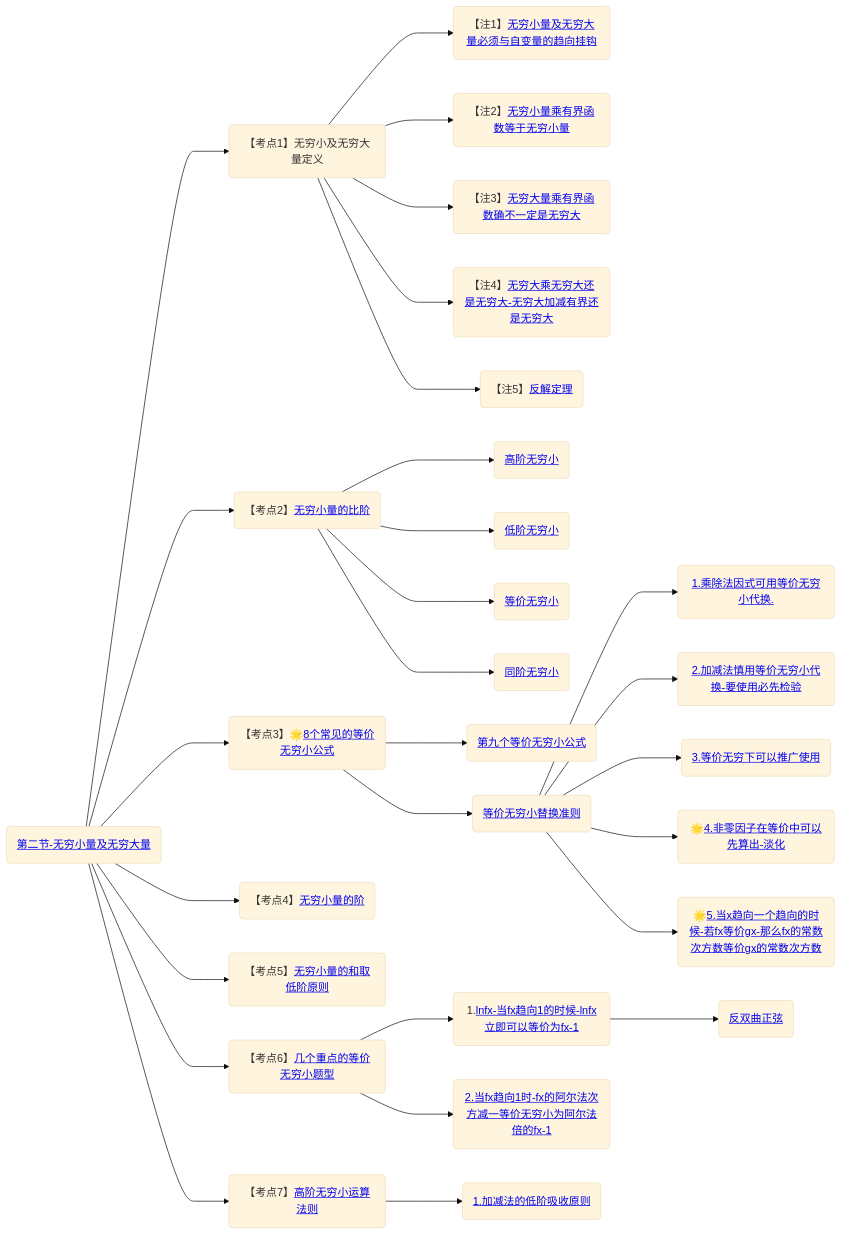
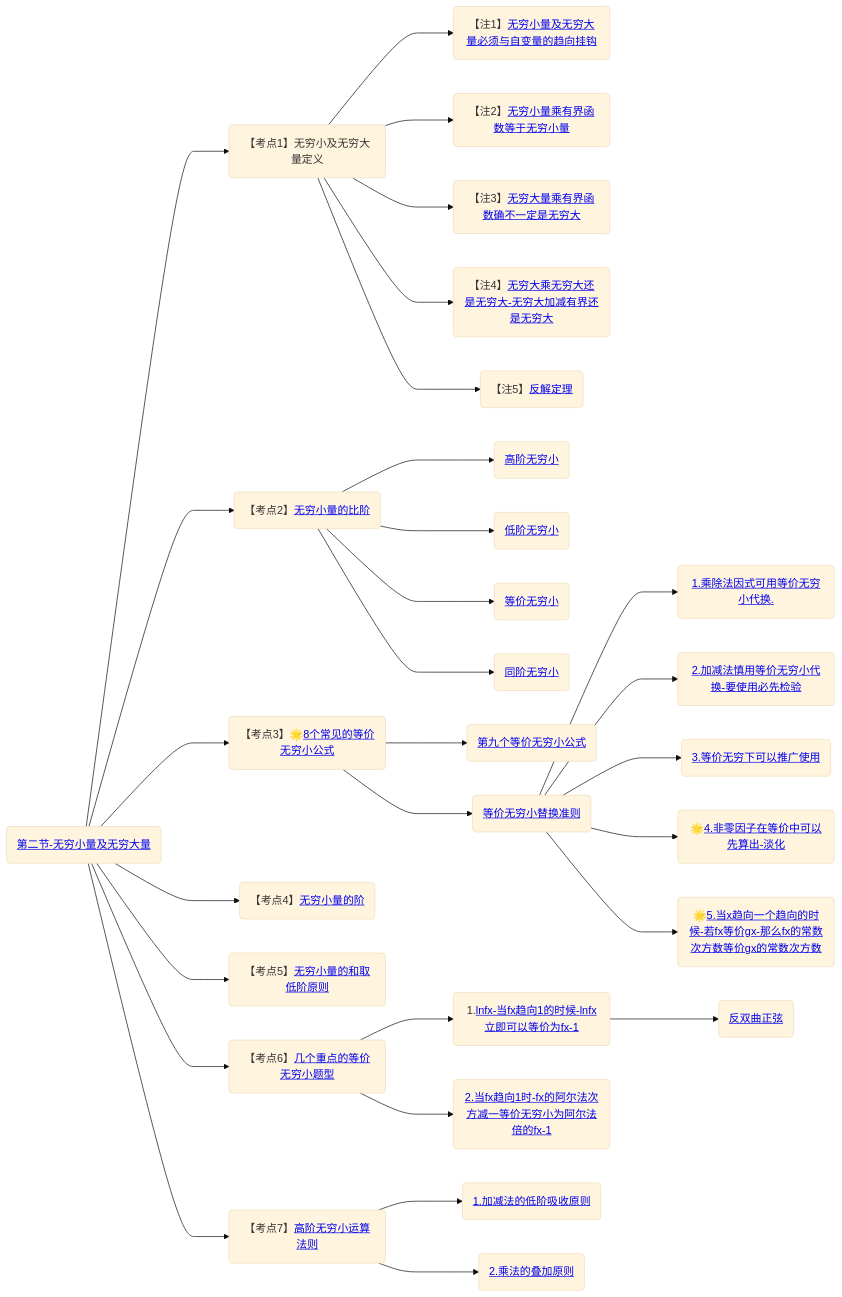
The second of 2 diagrams in 笔记/数学/周洋鑫/基础班/00.大纲.md (yuebinghui/note), drawn with Mermaid (base theme) before and after one commit. The commit also changed 8 other files, not shown here.

````diff
--- a/笔记/数学/周洋鑫/基础班/00.大纲.md
+++ b/笔记/数学/周洋鑫/基础班/00.大纲.md
@@ -41,41 +41,42 @@
 ```mermaid
 graph LR
 
 第二节-无穷小量及无穷大量(<a href="/Users/yuebinghui/Documents/program/github/note/笔记/数学/周洋鑫/基础班/02.无穷小量及无穷大量.md#第二节-无穷小量及无穷大量">第二节-无穷小量及无穷大量</>)
 
 第二节-无穷小量及无穷大量--->无穷小及无穷大量定义(【考点1】无穷小及无穷大量定义)
 
 无穷小及无穷大量定义--->无穷小量及无穷大量必须与自变量的趋向挂钩(【注1】<a href="/Users/yuebinghui/Documents/program/github/note/笔记/数学/周洋鑫/基础班/02.无穷小量及无穷大量.md#无穷小量及无穷大量必须与自变量的趋向挂钩">无穷小量及无穷大量必须与自变量的趋向挂钩</>)
 无穷小及无穷大量定义--->无穷小量乘有界函数等于无穷小量(【注2】<a href="/Users/yuebinghui/Documents/program/github/note/笔记/数学/周洋鑫/基础班/02.无穷小量及无穷大量.md#无穷小量乘有界函数等于无穷小量">无穷小量乘有界函数等于无穷小量</>)
 无穷小及无穷大量定义--->无穷大量乘有界函数确不一定是无穷大(【注3】<a href="/Users/yuebinghui/Documents/program/github/note/笔记/数学/周洋鑫/基础班/02.无穷小量及无穷大量.md#无穷大量乘有界函数确不一定是无穷大">无穷大量乘有界函数确不一定是无穷大</>)
 无穷小及无穷大量定义--->无穷大乘无穷大还是无穷大-无穷大加减有界还是无穷大(【注4】<a href="/Users/yuebinghui/Documents/program/github/note/笔记/数学/周洋鑫/基础班/02.无穷小量及无穷大量.md#无穷大乘无穷大还是无穷大-无穷大加减有界还是无穷大">无穷大乘无穷大还是无穷大-无穷大加减有界还是无穷大</>)
 无穷小及无穷大量定义--->反解定理(【注5】<a href="/Users/yuebinghui/Documents/program/github/note/笔记/数学/周洋鑫/基础班/02.无穷小量及无穷大量.md#反解定理">反解定理</>)
 
 第二节-无穷小量及无穷大量--->无穷小量的比阶(【考点2】<a href="/Users/yuebinghui/Documents/program/github/note/笔记/数学/周洋鑫/基础班/02.无穷小量及无穷大量.md#无穷小量的比阶">无穷小量的比阶</>)
 无穷小量的比阶--->高阶无穷小(<a href="/Users/yuebinghui/Documents/program/github/note/笔记/数学/周洋鑫/基础班/02.无穷小量及无穷大量.md#高阶无穷小">高阶无穷小</>)
 无穷小量的比阶--->低阶无穷小(<a href="/Users/yuebinghui/Documents/program/github/note/笔记/数学/周洋鑫/基础班/02.无穷小量及无穷大量.md#低阶无穷小">低阶无穷小</>)
 无穷小量的比阶--->等价无穷小(<a href="/Users/yuebinghui/Documents/program/github/note/笔记/数学/周洋鑫/基础班/02.无穷小量及无穷大量.md#等价无穷小">等价无穷小</>)
 无穷小量的比阶--->同阶无穷小(<a href="/Users/yuebinghui/Documents/program/github/note/笔记/数学/周洋鑫/基础班/02.无穷小量及无穷大量.md#同阶无穷小">同阶无穷小</>)
 
 第二节-无穷小量及无穷大量--->8个常见的等价无穷小公式(【考点3】🌟<a href="/Users/yuebinghui/Documents/program/github/note/笔记/数学/周洋鑫/基础班/02.无穷小量及无穷大量.md#8个常见的等价无穷小公式">8个常见的等价无穷小公式</>)
 8个常见的等价无穷小公式--->第九个等价无穷小公式(<a href="/Users/yuebinghui/Documents/program/github/note/笔记/数学/周洋鑫/基础班/02.无穷小量及无穷大量.md#第九个等价无穷小公式">第九个等价无穷小公式</>)
 8个常见的等价无穷小公式--->等价无穷小替换准则(<a href="/Users/yuebinghui/Documents/program/github/note/笔记/数学/周洋鑫/基础班/02.无穷小量及无穷大量.md#等价无穷小替换准则">等价无穷小替换准则</>)
 等价无穷小替换准则--->1.乘除法因式可用等价无穷小代换.(<a href="/Users/yuebinghui/Documents/program/github/note/笔记/数学/周洋鑫/基础班/02.无穷小量及无穷大量.md#1.乘除法因式可用等价无穷小代换.">1.乘除法因式可用等价无穷小代换.</>)
 等价无穷小替换准则--->2.加减法慎用等价无穷小代换-要使用必先检验(<a href="/Users/yuebinghui/Documents/program/github/note/笔记/数学/周洋鑫/基础班/02.无穷小量及无穷大量.md#2.加减法慎用等价无穷小代换-要使用必先检验">2.加减法慎用等价无穷小代换-要使用必先检验</>)
 等价无穷小替换准则--->3.等价无穷下可以推广使用(<a href="/Users/yuebinghui/Documents/program/github/note/笔记/数学/周洋鑫/基础班/02.无穷小量及无穷大量.md#3.等价无穷下可以推广使用">3.等价无穷下可以推广使用</>)
 等价无穷小替换准则--->4.非零因子在等价中可以先算出-淡化(🌟<a href="/Users/yuebinghui/Documents/program/github/note/笔记/数学/周洋鑫/基础班/02.无穷小量及无穷大量.md#4.非零因子在等价中可以先算出-淡化">4.非零因子在等价中可以先算出-淡化</>)
 等价无穷小替换准则--->5.当x趋向一个趋向的时候-若fx等价gx-那么fx的常数次方数等价gx的常数次方数(🌟<a href="/Users/yuebinghui/Documents/program/github/note/笔记/数学/周洋鑫/基础班/02.无穷小量及无穷大量.md#5.当x趋向一个趋向的时候-若fx等价gx-那么fx的常数次方数等价gx的常数次方数">5.当x趋向一个趋向的时候-若fx等价gx-那么fx的常数次方数等价gx的常数次方数</>)
 
 第二节-无穷小量及无穷大量--->无穷小量的阶(【考点4】<a href="/Users/yuebinghui/Documents/program/github/note/笔记/数学/周洋鑫/基础班/02.无穷小量及无穷大量.md#无穷小量的阶">无穷小量的阶</>)
 
 第二节-无穷小量及无穷大量--->无穷小量的和取低阶原则(【考点5】<a href="/Users/yuebinghui/Documents/program/github/note/笔记/数学/周洋鑫/基础班/02.无穷小量及无穷大量.md#无穷小量的和取低阶原则">无穷小量的和取低阶原则</>)
 
 第二节-无穷小量及无穷大量--->几个重点的等价无穷小题型(【考点6】<a href="/Users/yuebinghui/Documents/program/github/note/笔记/数学/周洋鑫/基础班/02.无穷小量及无穷大量.md#几个重点的等价无穷小题型">几个重点的等价无穷小题型</>)
 几个重点的等价无穷小题型--->lnfx-当fx趋向1的时候-lnfx立即可以等价为fx-1(1.<a href="/Users/yuebinghui/Documents/program/github/note/笔记/数学/周洋鑫/基础班/02.无穷小量及无穷大量.md#lnfx-当fx趋向1的时候-lnfx立即可以等价为fx-1">lnfx-当fx趋向1的时候-lnfx立即可以等价为fx-1</>)
 lnfx-当fx趋向1的时候-lnfx立即可以等价为fx-1--->反双曲正弦(<a href="/Users/yuebinghui/Documents/program/github/note/笔记/数学/周洋鑫/基础班/02.无穷小量及无穷大量.md#反双曲正弦">反双曲正弦</>)
 几个重点的等价无穷小题型--->2.当fx趋向1时-fx的阿尔法次方减一等价无穷小为阿尔法倍的fx-1(<a href="/Users/yuebinghui/Documents/program/github/note/笔记/数学/周洋鑫/基础班/02.无穷小量及无穷大量.md#2.当fx趋向1时-fx的阿尔法次方减一等价无穷小为阿尔法倍的fx-1">2.当fx趋向1时-fx的阿尔法次方减一等价无穷小为阿尔法倍的fx-1</>)
 
 第二节-无穷小量及无穷大量--->高阶无穷小运算法则(【考点7】<a href="/Users/yuebinghui/Documents/program/github/note/笔记/数学/周洋鑫/基础班/03.泰勒公式-洛必达法则.md#高阶无穷小运算法则">高阶无穷小运算法则</>)
 高阶无穷小运算法则--->1.加减法的低阶吸收原则(<a href="/Users/yuebinghui/Documents/program/github/note/笔记/数学/周洋鑫/基础班/03.泰勒公式-洛必达法则.md#1.加减法的低阶吸收原则">1.加减法的低阶吸收原则</>)
+高阶无穷小运算法则--->2.乘法的叠加原则(<a href="/Users/yuebinghui/Documents/program/github/note/笔记/数学/周洋鑫/基础班/03.泰勒公式-洛必达法则.md#2.乘法的叠加原则">2.乘法的叠加原则</>)
 
 ```
````
